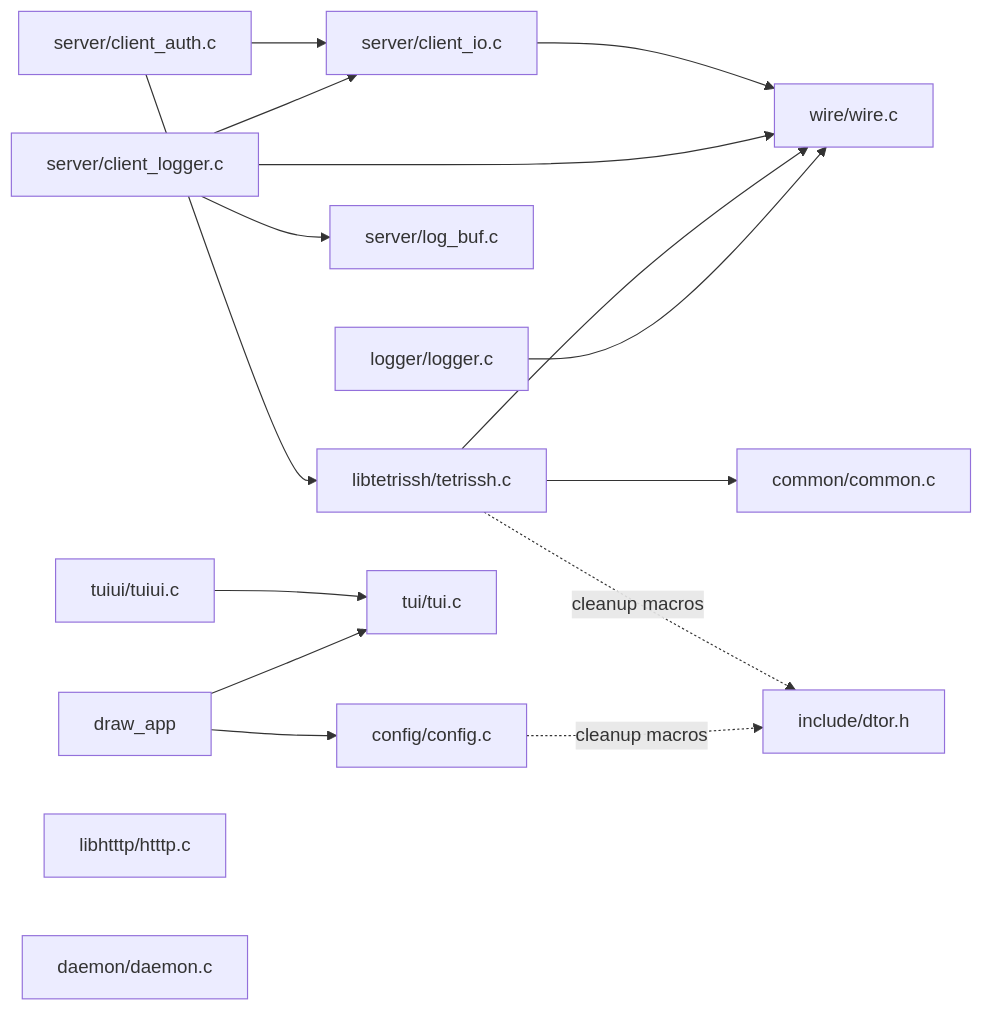
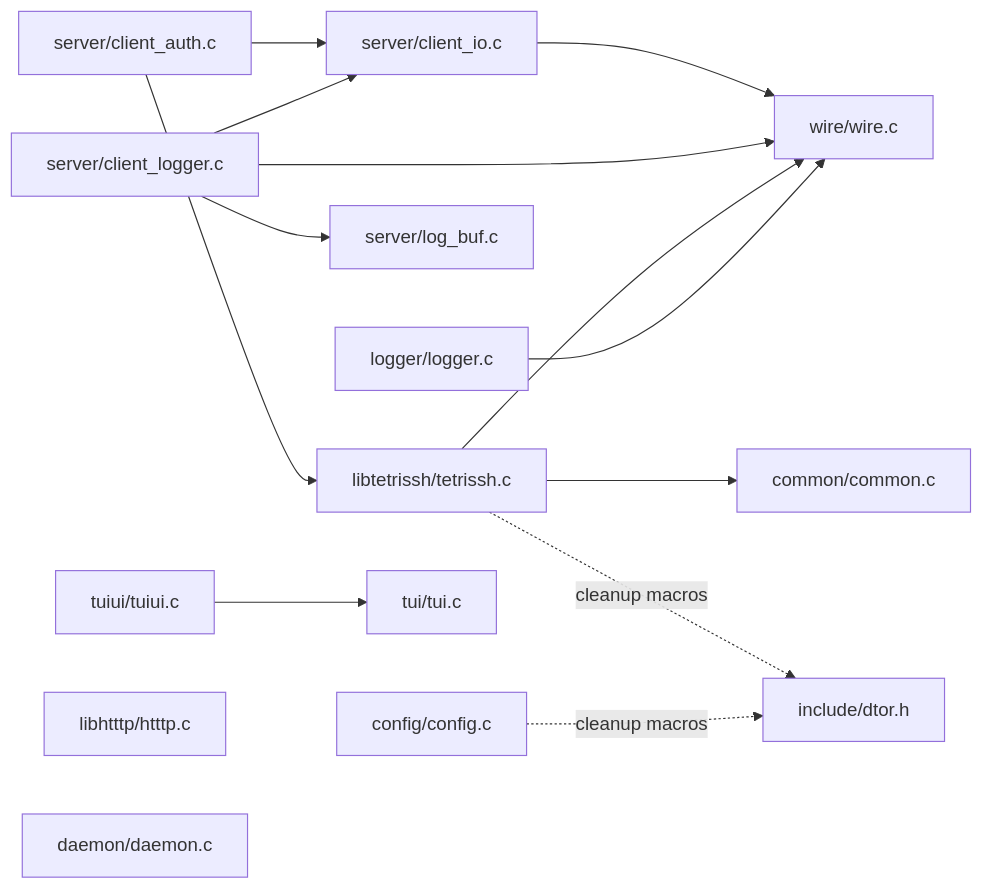
The first of 5 diagrams in src/README.md (minh-cv/corestack), drawn with Mermaid before and after one commit. The commit also changed other lines of this file and 36 other files, not shown here.

Commit message:
refactor: move draw_app to standalone repository

````diff
--- a/src/README.md
+++ b/src/README.md
@@ -15,22 +16,20 @@
 ```mermaid
 flowchart LR
   Auth["server/client_auth.c"] --> ClientIo["server/client_io.c"]
   Auth --> Tetrissh["libtetrissh/tetrissh.c"]
   ClientLogger["server/client_logger.c"] --> ClientIo
   ClientLogger --> LogBuf["server/log_buf.c"]
   ClientIo --> Wire["wire/wire.c"]
   ClientLogger --> Wire
 
   Tetrissh --> Common["common/common.c"]
   Tetrissh --> Wire
   Tetrissh -. "cleanup macros" .-> Dtor["include/dtor.h"]
   Config["config/config.c"] -. "cleanup macros" .-> Dtor
 
   Logger["logger/logger.c"] --> Wire
   TuiUi["tuiui/tuiui.c"] --> Tui["tui/tui.c"]
-  DrawApp["draw_app"] --> Tui
-  DrawApp --> Config
 
   Htttp["libhtttp/htttp.c"]
   Daemon["daemon/daemon.c"]
 ```
````
